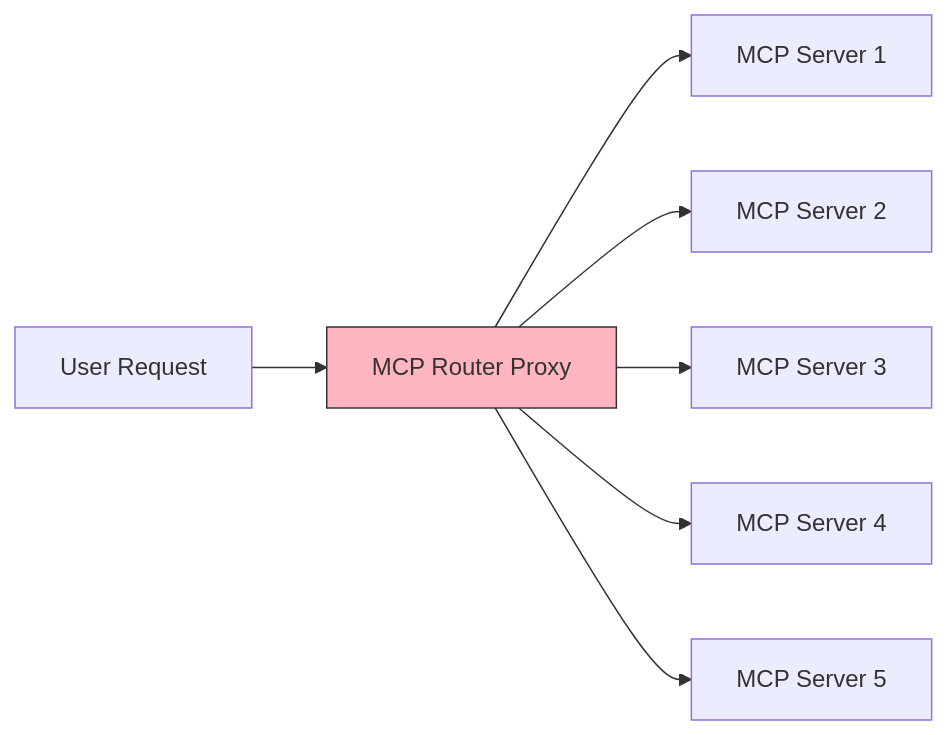
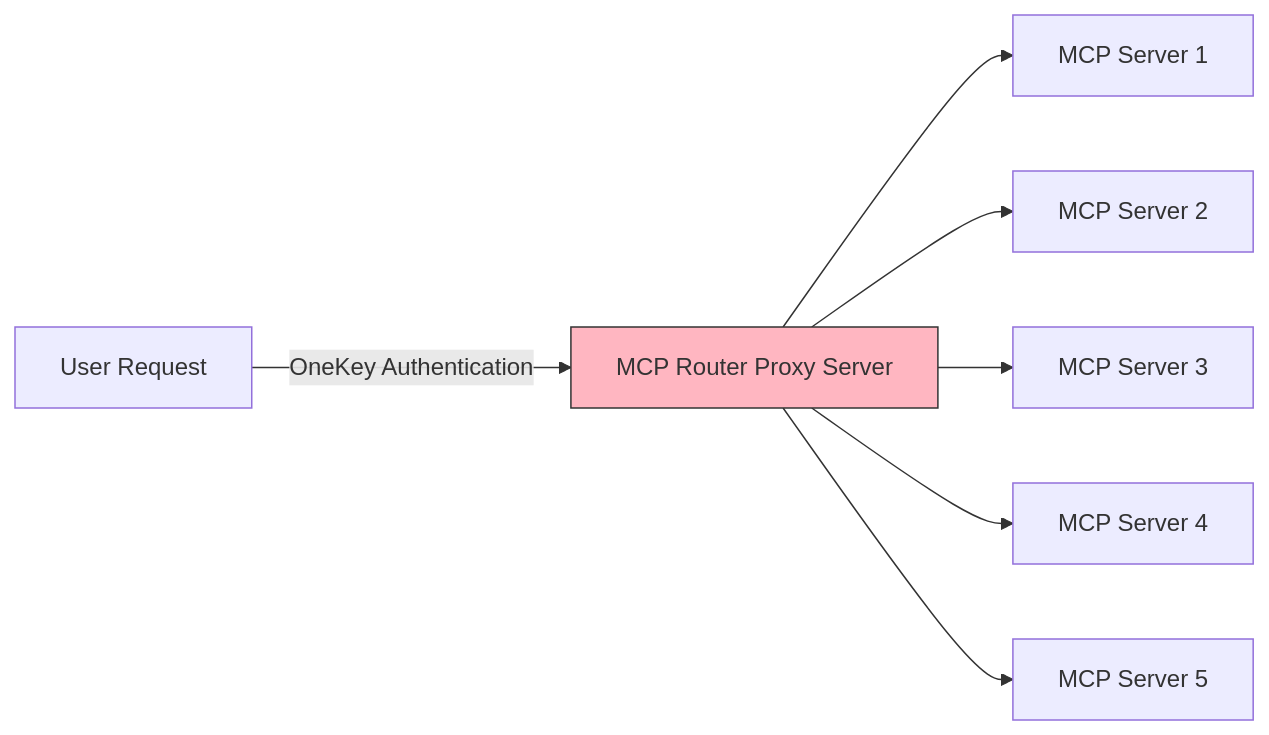
The diagram in app/onekey_mcp_router/README.md (AI-Agent-Hub/mcp-marketplace), drawn with Mermaid before and after one commit. The commit also changed other lines of this file, not shown here.

````diff
--- a/app/onekey_mcp_router/README.md
+++ b/app/onekey_mcp_router/README.md
@@ -14,11 +15,11 @@
 ```mermaid
 
 graph LR
-    A[User Request] --> B[MCP Router Proxy]
+    A[User Request] -- OneKey Authentication --> B[MCP Router Proxy Server]
     B --> C[MCP Server 1]
     B --> D[MCP Server 2]
     B --> E[MCP Server 3]
     B --> F[MCP Server 4]
     B --> G[MCP Server 5]
     style B fill:#FFB6C1,stroke:#333
 ```
````
